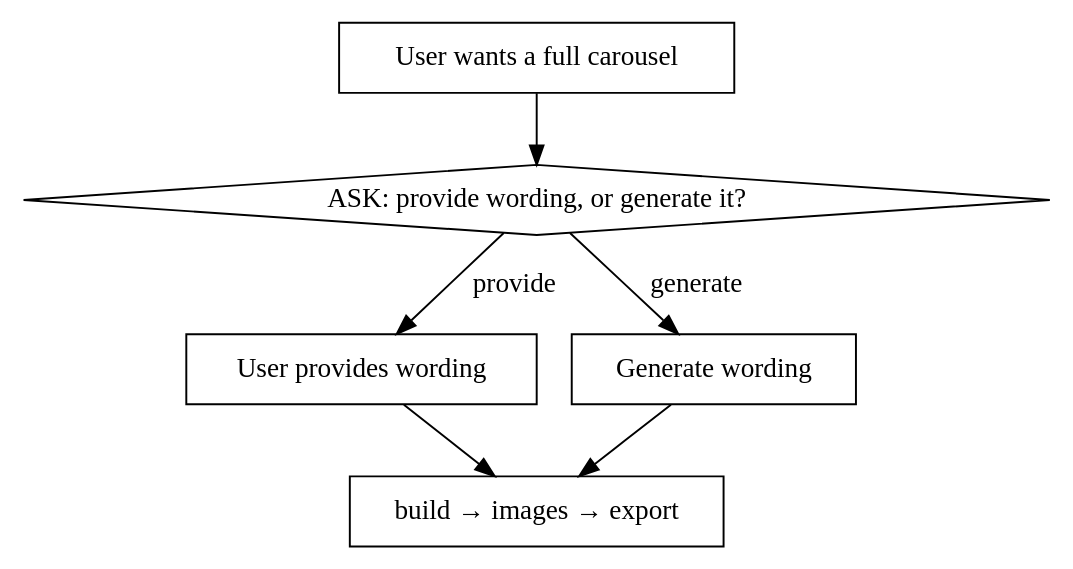
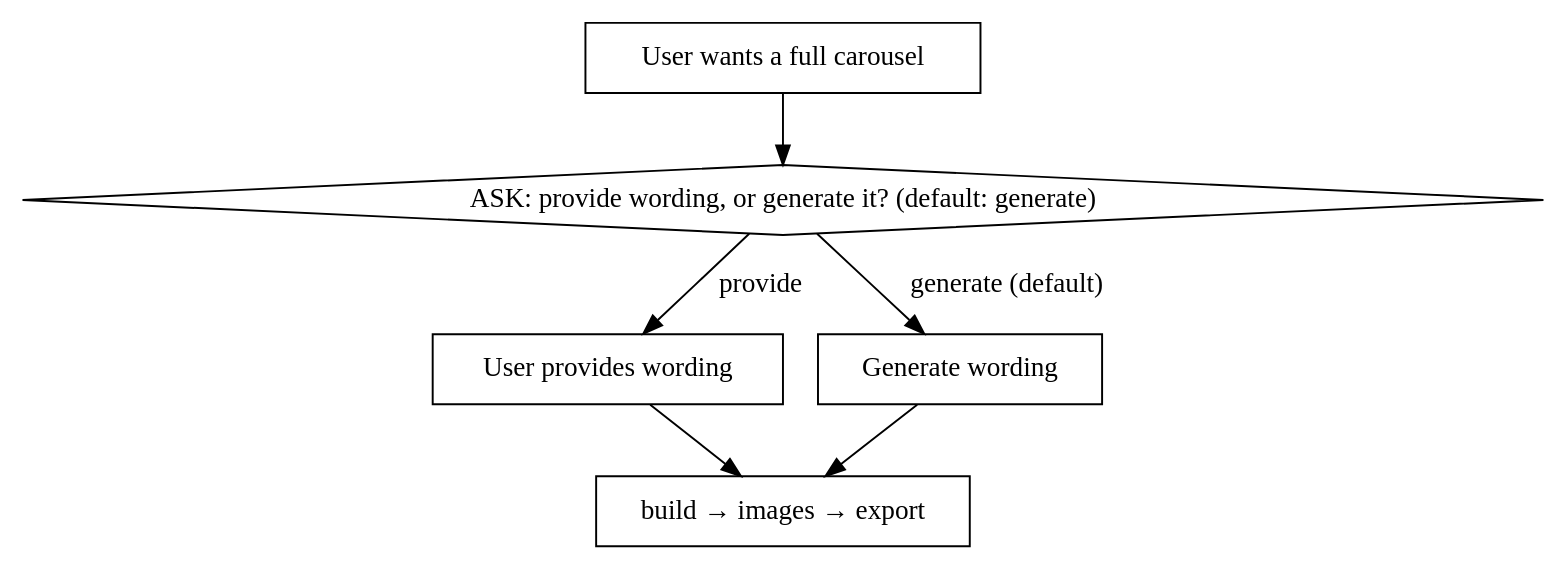
One commit to Thomas087/ala-carousel-generator changed the diagram in .claude/skills/creating-ala-carousels/SKILL.md. Above: the diagram before and after it, drawn with Graphviz. The commit also changed other lines of this file and 1 other file, not shown here.

First line of the commit message:
Tighten carousel skills: image-concept review + default supply/generate

````diff
--- a/.claude/skills/creating-ala-carousels/SKILL.md
+++ b/.claude/skills/creating-ala-carousels/SKILL.md
@@ -16,15 +16,15 @@
 ```dot
 digraph g {
   "User wants a full carousel" [shape=box];
-  "ASK: provide wording, or generate it?" [shape=diamond];
+  "ASK: provide wording, or generate it? (default: generate)" [shape=diamond];
   "User provides wording" [shape=box];
   "Generate wording" [shape=box];
   "build → images → export" [shape=box];
 
-  "User wants a full carousel" -> "ASK: provide wording, or generate it?";
-  "ASK: provide wording, or generate it?" -> "User provides wording" [label="provide"];
-  "ASK: provide wording, or generate it?" -> "Generate wording" [label="generate"];
+  "User wants a full carousel" -> "ASK: provide wording, or generate it? (default: generate)";
+  "ASK: provide wording, or generate it? (default: generate)" -> "User provides wording" [label="provide"];
+  "ASK: provide wording, or generate it? (default: generate)" -> "Generate wording" [label="generate (default)"];
   "User provides wording" -> "build → images → export";
   "Generate wording" -> "build → images → export";
 }
 ```
````
